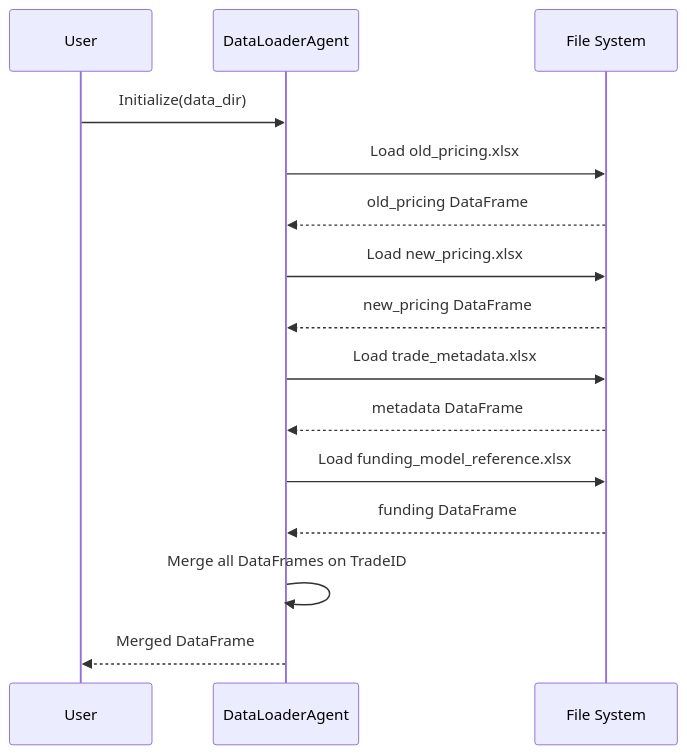
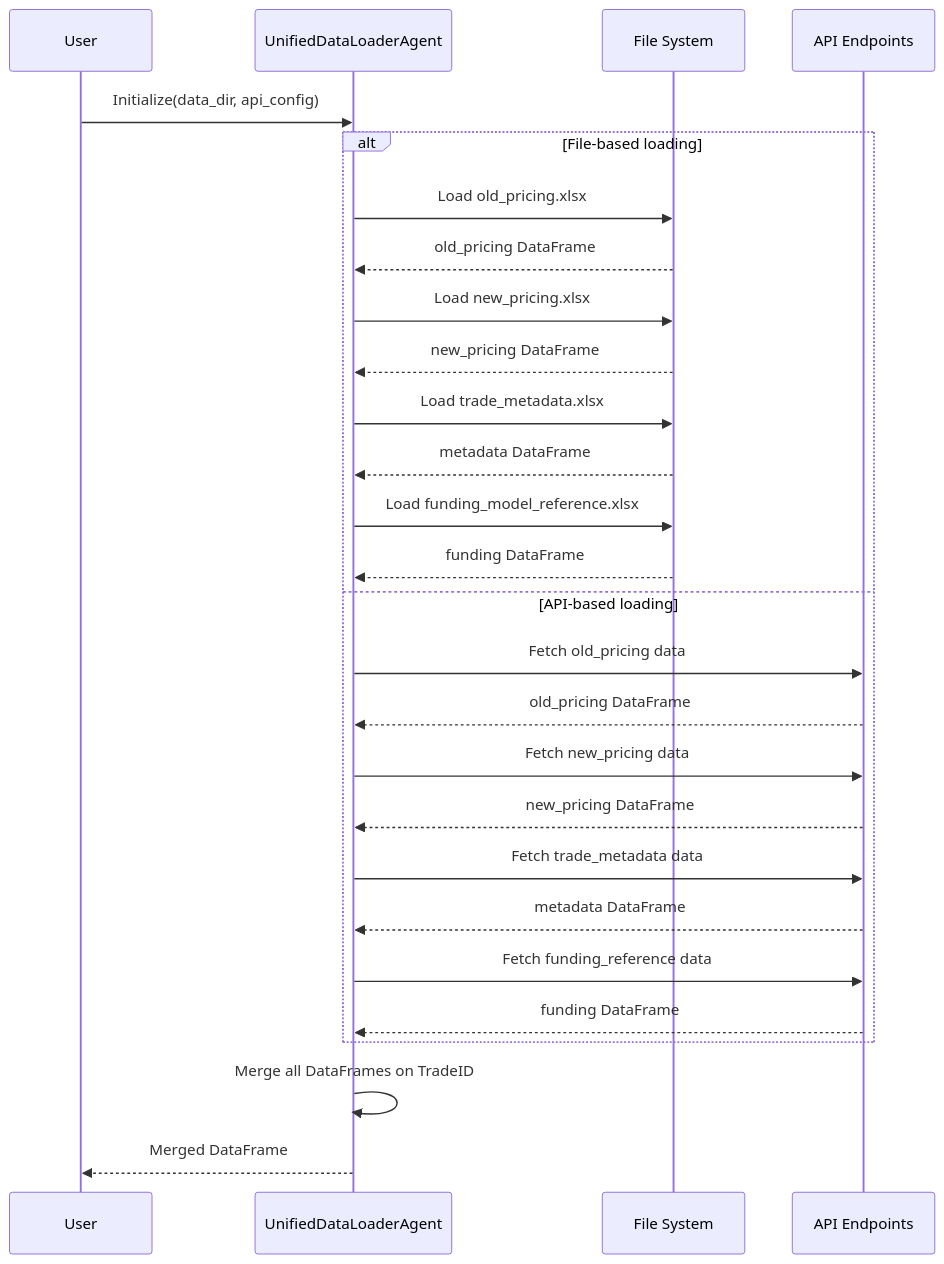
The second of 21 diagrams in docs/DIAGRAMS.md (ksmadhavareddy/recon-ai), drawn with Mermaid before and after one commit. The commit also changed other lines of this file and 3 other files, not shown here.

First line of the commit message:
docs: update remaining documentation files to reflect unified data loader

````diff
--- a/docs/DIAGRAMS.md
+++ b/docs/DIAGRAMS.md
@@ -59,18 +59,30 @@
 ```mermaid
 sequenceDiagram
     participant U as User
-    participant DLA as DataLoaderAgent
+    participant UDLA as UnifiedDataLoaderAgent
     participant FS as File System
+    participant API as API Endpoints
     
-    U->>DLA: Initialize(data_dir)
-    DLA->>FS: Load old_pricing.xlsx
-    FS-->>DLA: old_pricing DataFrame
-    DLA->>FS: Load new_pricing.xlsx
-    FS-->>DLA: new_pricing DataFrame
-    DLA->>FS: Load trade_metadata.xlsx
-    FS-->>DLA: metadata DataFrame
-    DLA->>FS: Load funding_model_reference.xlsx
-    FS-->>DLA: funding DataFrame
-    DLA->>DLA: Merge all DataFrames on TradeID
-    DLA-->>U: Merged DataFrame
+    U->>UDLA: Initialize(data_dir, api_config)
+    alt File-based loading
+        UDLA->>FS: Load old_pricing.xlsx
+        FS-->>UDLA: old_pricing DataFrame
+        UDLA->>FS: Load new_pricing.xlsx
+        FS-->>UDLA: new_pricing DataFrame
+        UDLA->>FS: Load trade_metadata.xlsx
+        FS-->>UDLA: metadata DataFrame
+        UDLA->>FS: Load funding_model_reference.xlsx
+        FS-->>UDLA: funding DataFrame
+    else API-based loading
+        UDLA->>API: Fetch old_pricing data
+        API-->>UDLA: old_pricing DataFrame
+        UDLA->>API: Fetch new_pricing data
+        API-->>UDLA: new_pricing DataFrame
+        UDLA->>API: Fetch trade_metadata data
+        API-->>UDLA: metadata DataFrame
+        UDLA->>API: Fetch funding_reference data
+        API-->>UDLA: funding DataFrame
+    end
+    UDLA->>UDLA: Merge all DataFrames on TradeID
+    UDLA-->>U: Merged DataFrame
 ```
````
